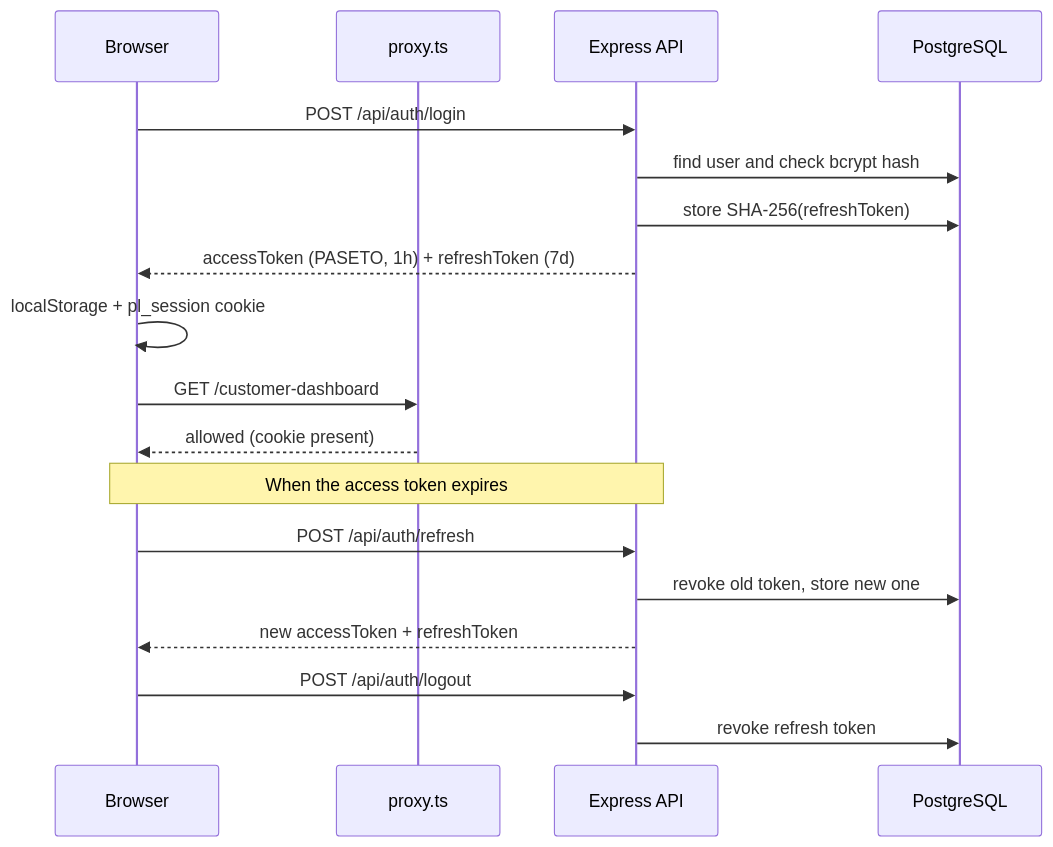
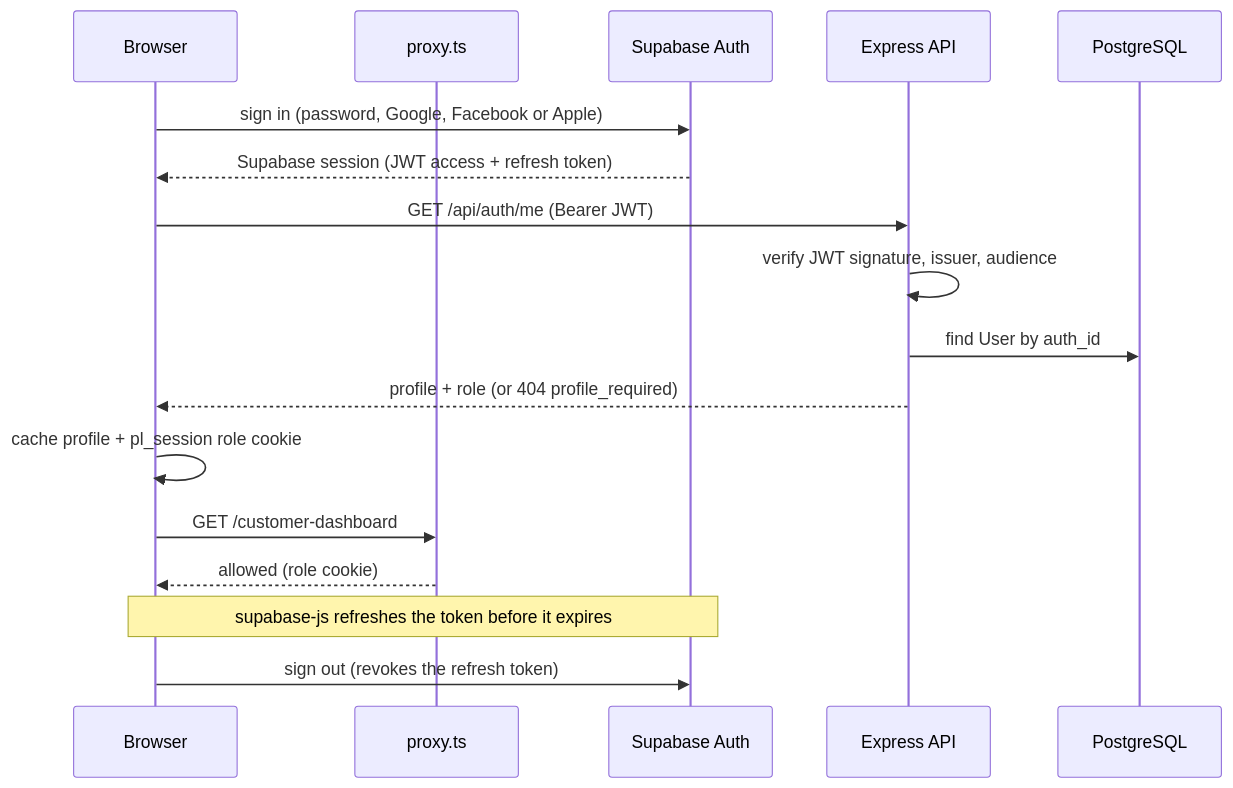
Before and after one commit to Wambuiracheal/laundry-app: the third of 3 diagrams in README.md, drawn with Mermaid. The commit also changed other lines of this file and 52 other files, not shown here.

First line of the commit message:
feat: integrate Supabase Auth for user authentication and session management

````diff
--- a/README.md
+++ b/README.md
@@ -378,21 +368,20 @@
 ```mermaid
 sequenceDiagram
     participant B as Browser
     participant P as proxy.ts
+    participant S as Supabase Auth
     participant A as Express API
     participant D as PostgreSQL
 
-    B->>A: POST /api/auth/login
-    A->>D: find user and check bcrypt hash
-    A->>D: store SHA-256(refreshToken)
-    A-->>B: accessToken (PASETO, 1h) + refreshToken (7d)
-    B->>B: localStorage + pl_session cookie
+    B->>S: sign in (password, Google, Facebook or Apple)
+    S-->>B: Supabase session (JWT access + refresh token)
+    B->>A: GET /api/auth/me (Bearer JWT)
+    A->>A: verify JWT signature, issuer, audience
+    A->>D: find User by auth_id
+    A-->>B: profile + role (or 404 profile_required)
+    B->>B: cache profile + pl_session role cookie
     B->>P: GET /customer-dashboard
-    P-->>B: allowed (cookie present)
-    Note over B,A: When the access token expires
-    B->>A: POST /api/auth/refresh
-    A->>D: revoke old token, store new one
-    A-->>B: new accessToken + refreshToken
-    B->>A: POST /api/auth/logout
-    A->>D: revoke refresh token
+    P-->>B: allowed (role cookie)
+    Note over B,S: supabase-js refreshes the token before it expires
+    B->>S: sign out (revokes the refresh token)
 ```
````
